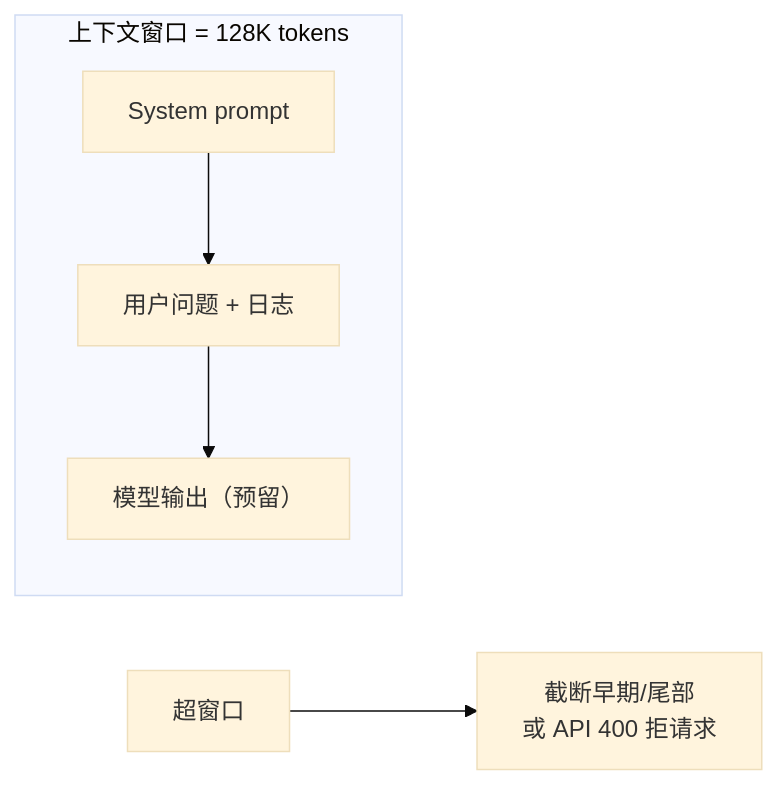
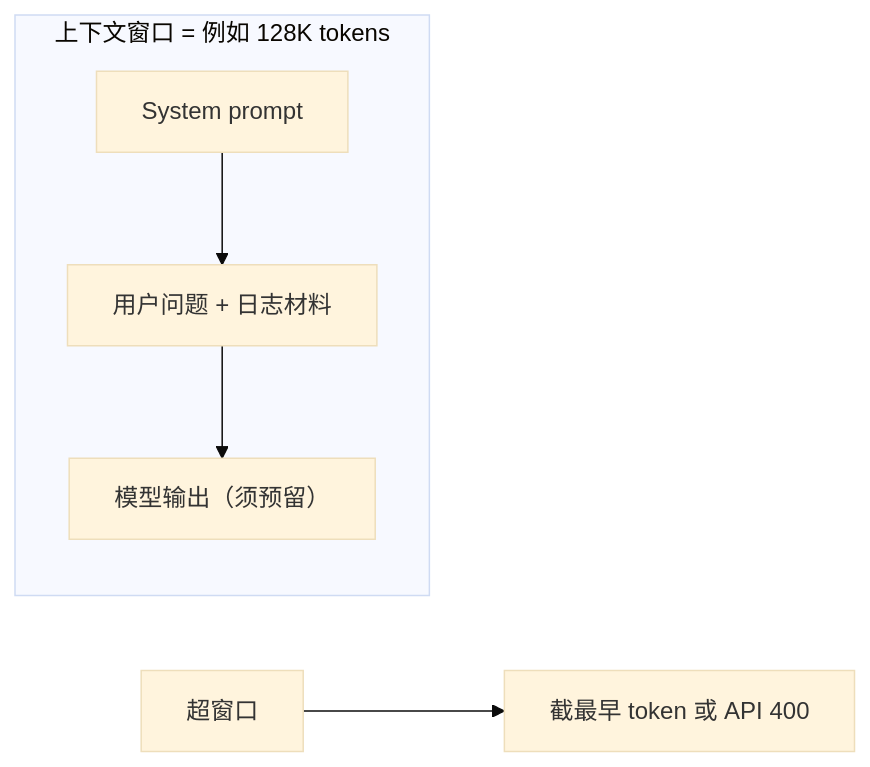
The fourth of 9 diagrams in 08-AI与智能运维/01-LLM与Transformer基础/知识点.md (ml-cuizijun/LearnToLilith), drawn with Mermaid (base theme) before and after one commit. The commit also changed other lines of this file and 470 other files, not shown here.

````diff
--- a/08-AI与智能运维/01-LLM与Transformer基础/知识点.md
+++ b/08-AI与智能运维/01-LLM与Transformer基础/知识点.md
@@ -250,15 +124,10 @@
 ```mermaid
 flowchart LR
-    classDef full fill:#ffcdd2,stroke:#c62828
-    classDef ok fill:#c8e6c9,stroke:#2e7d32
-
-    subgraph window ["上下文窗口 = 128K tokens"]
+    subgraph win ["上下文窗口 = 例如 128K tokens"]
         SYS["System prompt"]
-        USER["用户问题 + 日志"]
-        OUT["模型输出（预留）"]
+        USER["用户问题 + 日志材料"]
+        OUT["模型输出（须预留）"]
     end
-
     SYS --> USER --> OUT
-
-    BAD["超窗口"] --> TRUNC["截断早期/尾部<br/>或 API 400 拒请求"]
+    OVER["超窗口"] --> TRUNC["截最早 token 或 API 400"]
 ```
````
